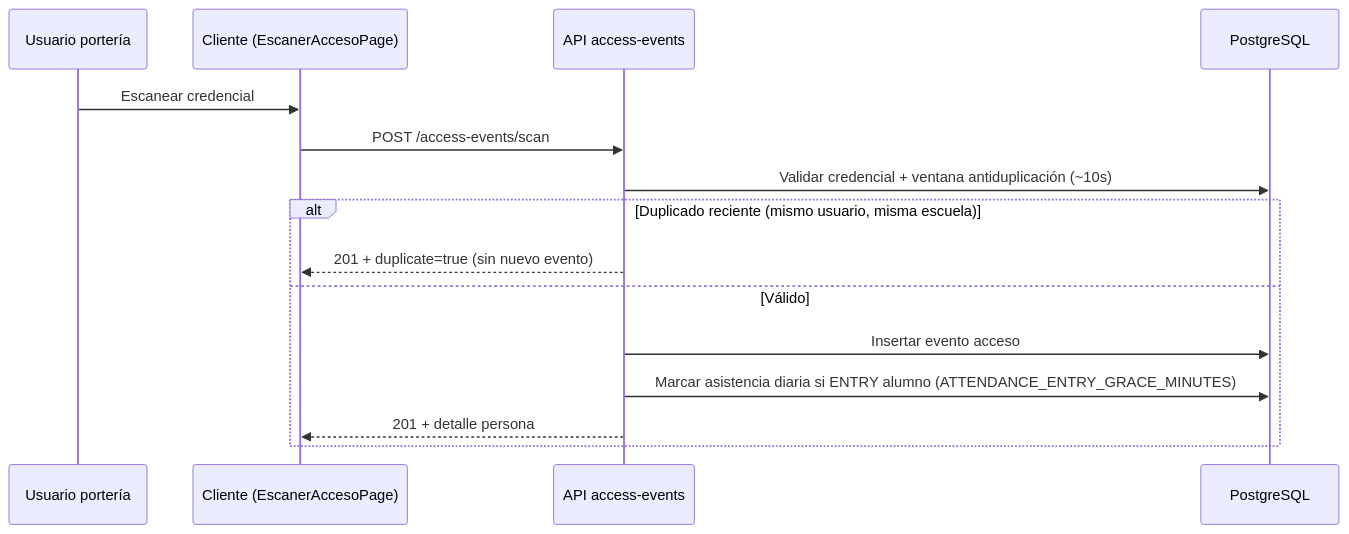
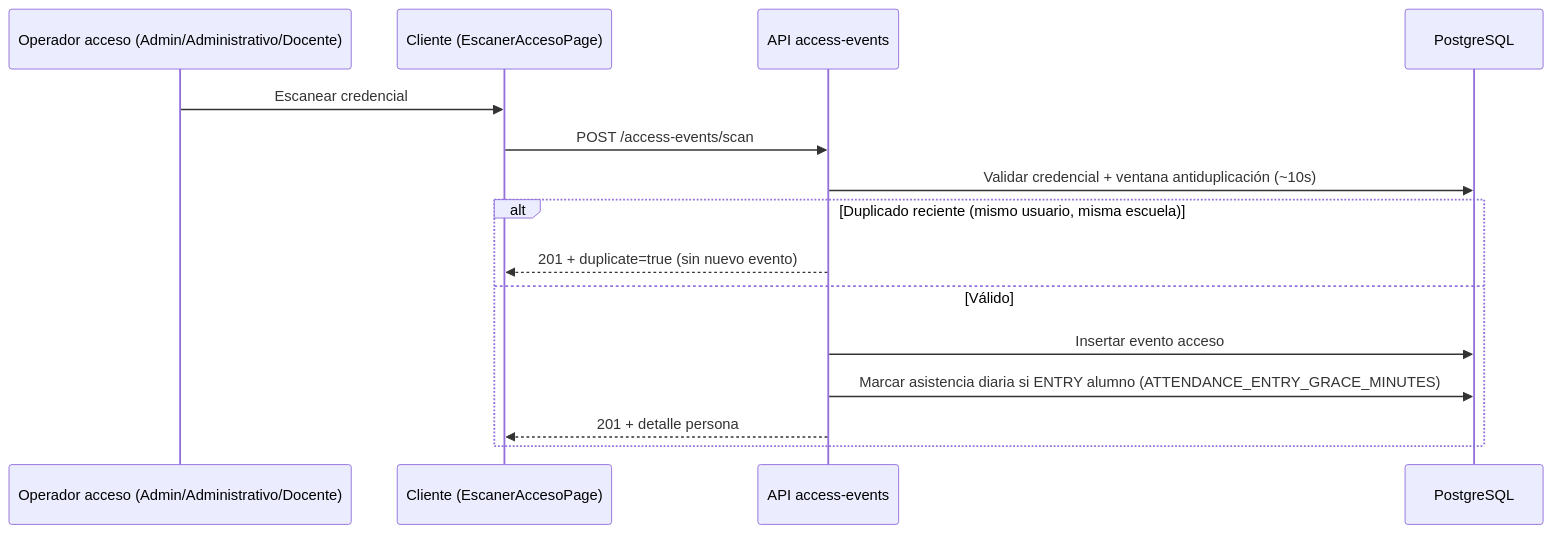
One commit to UJohnnyU/EscuelaPass---Seguridad-Institucional changed the third of 4 diagrams in 01 - Escuela Pass/docs/tdg/TDG-2_Escuela_Pass_borrador_maestro_v2.md. Above: the diagram before and after it, drawn with Mermaid. The commit also changed other lines of this file and 1 other file, not shown here.

First line of the commit message:
docs(tdg): alinear maestro v2 y guía Fig. 7 con producto y Anexo 05

````diff
--- a/01 - Escuela Pass/docs/tdg/TDG-2_Escuela_Pass_borrador_maestro_v2.md
+++ b/01 - Escuela Pass/docs/tdg/TDG-2_Escuela_Pass_borrador_maestro_v2.md
@@ -558,17 +561,17 @@
 ```mermaid
 sequenceDiagram
-  participant U as Usuario portería
+  participant U as Operador acceso (Admin/Administrativo/Docente)
   participant C as Cliente (EscanerAccesoPage)
   participant A as API access-events
   participant DB as PostgreSQL
   U->>C: Escanear credencial
   C->>A: POST /access-events/scan
   A->>DB: Validar credencial + ventana antiduplicación (~10s)
   alt Duplicado reciente (mismo usuario, misma escuela)
     A-->>C: 201 + duplicate=true (sin nuevo evento)
   else Válido
     A->>DB: Insertar evento acceso
     A->>DB: Marcar asistencia diaria si ENTRY alumno (ATTENDANCE_ENTRY_GRACE_MINUTES)
     A-->>C: 201 + detalle persona
   end
 ```
````
